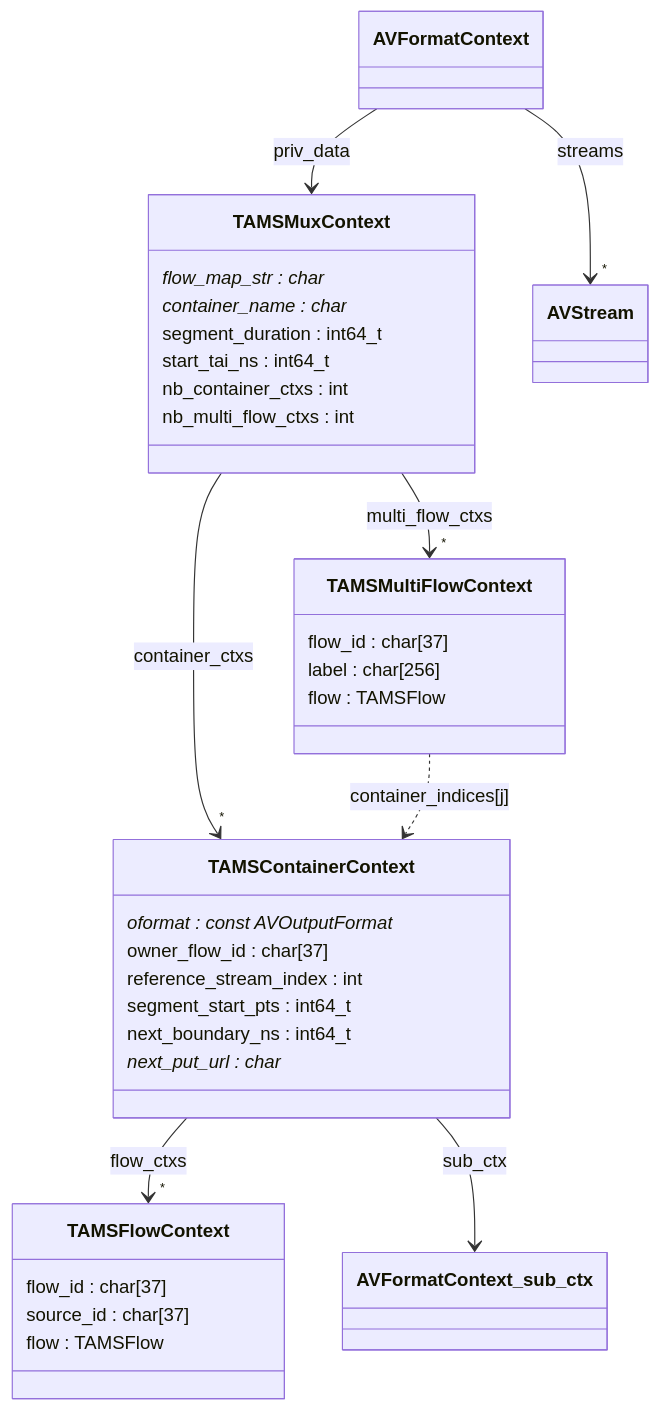
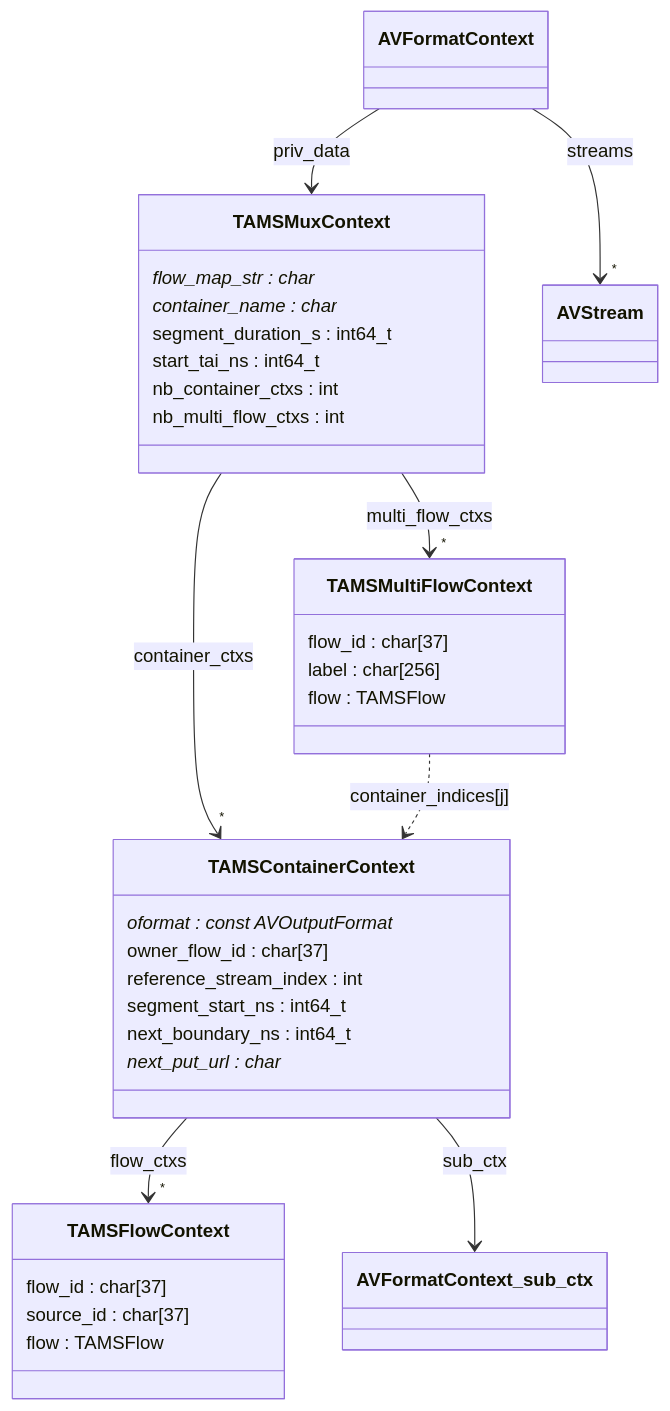
One commit to hootworks/website changed the fourth of 5 diagrams in content/news/ffmpeg-tams-support/index.md. Above: the diagram before and after it, drawn with Mermaid. The commit also changed other lines of this file and 1 other file, not shown here.

````diff
--- a/content/news/ffmpeg-tams-support/index.md
+++ b/content/news/ffmpeg-tams-support/index.md
@@ -155,46 +254,46 @@
 ```mermaid
 classDiagram
     direction TB
 
     class TAMSMuxContext {
         flow_map_str : char*
         container_name : char*
-        segment_duration : int64_t
+        segment_duration_s : int64_t
         start_tai_ns : int64_t
         nb_container_ctxs : int
         nb_multi_flow_ctxs : int
     }
 
     class TAMSContainerContext {
         oformat : const AVOutputFormat*
         owner_flow_id : char[37]
         reference_stream_index : int
-        segment_start_pts : int64_t
+        segment_start_ns : int64_t
         next_boundary_ns : int64_t
         next_put_url : char*
     }
 
     class TAMSFlowContext {
         flow_id : char[37]
         source_id : char[37]
         flow : TAMSFlow
     }
 
     class TAMSMultiFlowContext {
         flow_id : char[37]
         label : char[256]
         flow : TAMSFlow
     }
 
     class AVFormatContext
     class AVStream
     class AVFormatContext_sub_ctx
 
     AVFormatContext --> TAMSMuxContext : priv_data
     AVFormatContext --> "*" AVStream : streams
     TAMSMuxContext --> "*" TAMSContainerContext : container_ctxs
     TAMSMuxContext --> "*" TAMSMultiFlowContext : multi_flow_ctxs
     TAMSContainerContext --> "*" TAMSFlowContext : flow_ctxs
     TAMSContainerContext --> AVFormatContext_sub_ctx : sub_ctx
     TAMSMultiFlowContext ..> TAMSContainerContext : container_indices[j]
 ```
````
